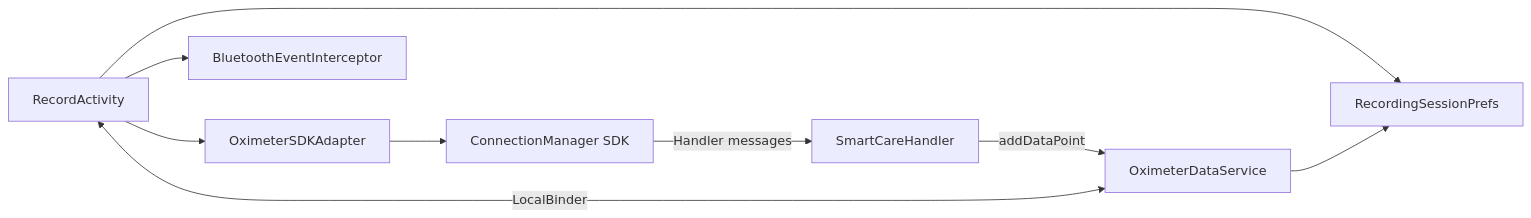
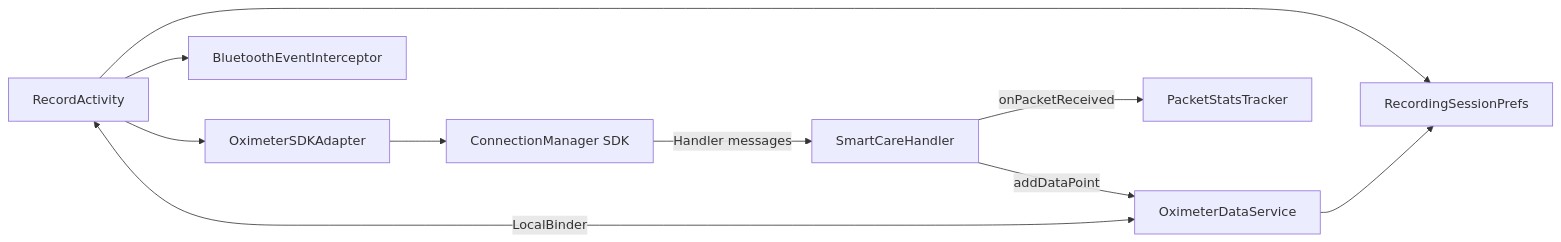
The diagram in docs/en/3-modules/module-device-bluetooth.md (Oucru-Innovations/SmartCare-Capture), drawn with Mermaid before and after one commit. The commit also changed other lines of this file and 36 other files, not shown here.

````diff
--- a/docs/en/3-modules/module-device-bluetooth.md
+++ b/docs/en/3-modules/module-device-bluetooth.md
@@ -67,11 +76,12 @@
 ```mermaid
 flowchart LR
     RA[RecordActivity] --> OSA[OximeterSDKAdapter]
     OSA --> CM[ConnectionManager SDK]
     CM -->|Handler messages| SCH[SmartCareHandler]
     SCH -->|addDataPoint| ODS[OximeterDataService]
+    SCH -->|onPacketReceived| PST[PacketStatsTracker]
     RA --> BEI[BluetoothEventInterceptor]
     RA <-->|LocalBinder| ODS
     RA --> RSP[RecordingSessionPrefs]
     ODS --> RSP
 ```
````
